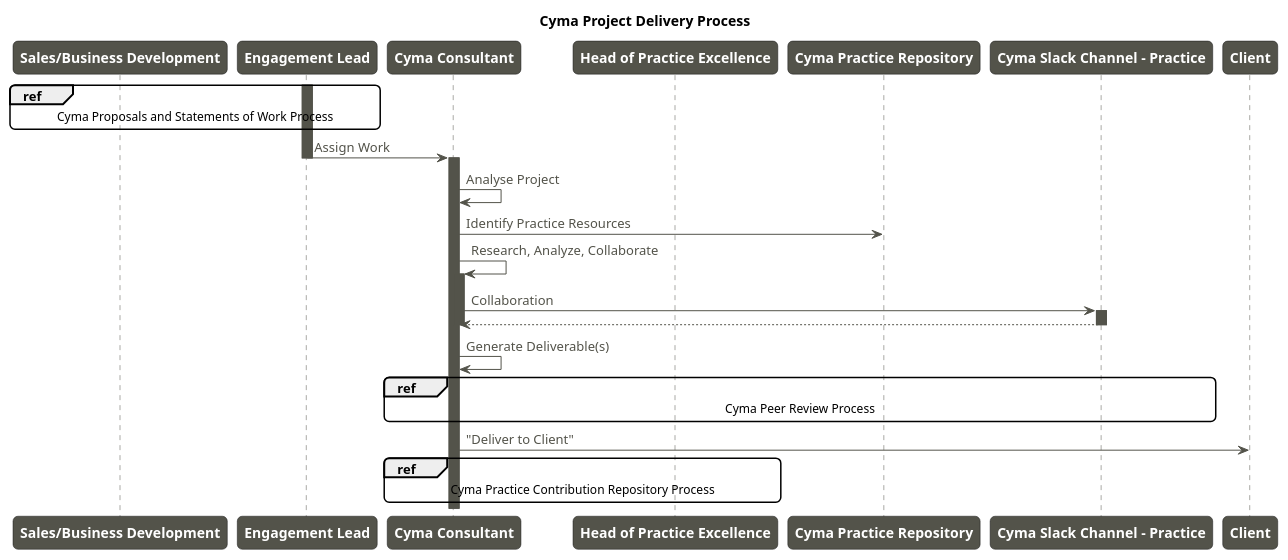
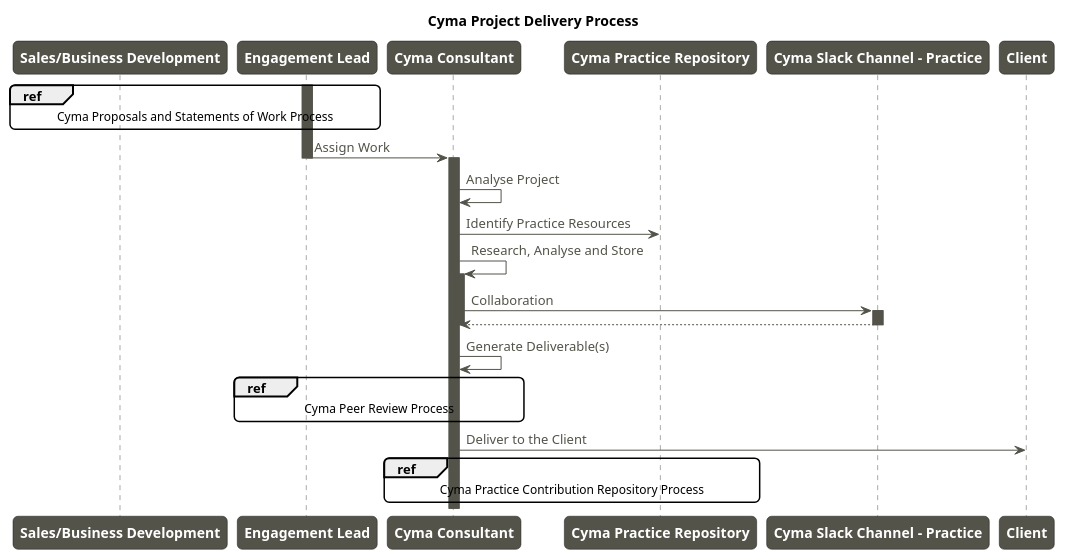
One commit to david-rawnsley/cyma changed the first of 2 diagrams in examples/test.puml. Above: the diagram before and after it, drawn with PlantUML. The commit also changed 6 other files, not shown here.

```diff
--- a/examples/test.puml
+++ b/examples/test.puml
@@ -1,60 +1,60 @@
 @startuml
 
 skinparam defaultFontName Raleway
 skinparam roundcorner 10
 
 skinparam sequence {
     ArrowColor #53534A
     ArrowFontColor #53534A
     LifeLineBorderColor #53534A
     LifeLineBackgroundColor #53534A
 
     ParticipantBackgroundColor #53534A
     ParticipantFontSize 14
     ParticipantFontColor White
     ParticipantFontStyle bold
 }
 
 title Cyma Project Delivery Process
 
 participant sbd as "Sales/Business Development"
 participant el as "Engagement Lead"
 participant cc as "Cyma Consultant"
-participant PE as "Head of Practice Excellence"
+'participant PE as "Head of Practice Excellence"
 participant repo as "Cyma Practice Repository"
 participant slack as "Cyma Slack Channel - Practice"
 participant client as "Client"
 
 ref over sbd, el
 Cyma Proposals and Statements of Work Process
 end ref
 
 activate el
 el->cc: Assign Work
 deactivate el
 
 activate cc
 cc->cc: Analyse Project
 cc->repo: Identify Practice Resources
 
-cc->cc: Research, Analyze, Collaborate
+cc->cc: Research, Analyse and Store
 activate cc
 cc->slack: Collaboration
 activate slack
 slack-->cc
 deactivate slack
 deactivate cc
 
 cc->cc: Generate Deliverable(s)
 
-ref over cc, slack
+ref over cc, el
 Cyma Peer Review Process
 end ref
 
-cc->client: "Deliver to Client"
+cc->client: Deliver to the Client
 
-ref over cc, PE
+ref over cc, repo
 Cyma Practice Contribution Repository Process
 end ref
 
 @enduml
```
